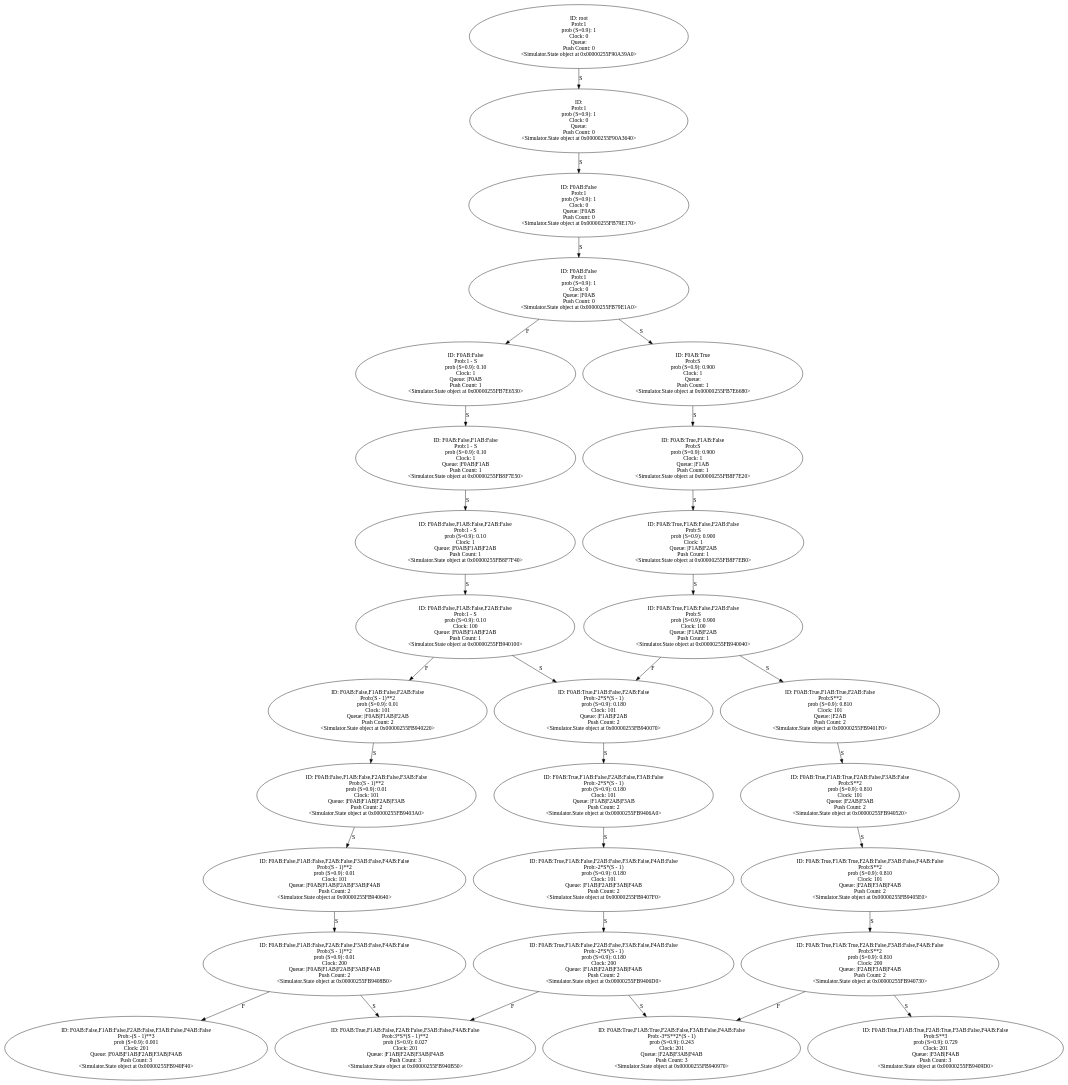
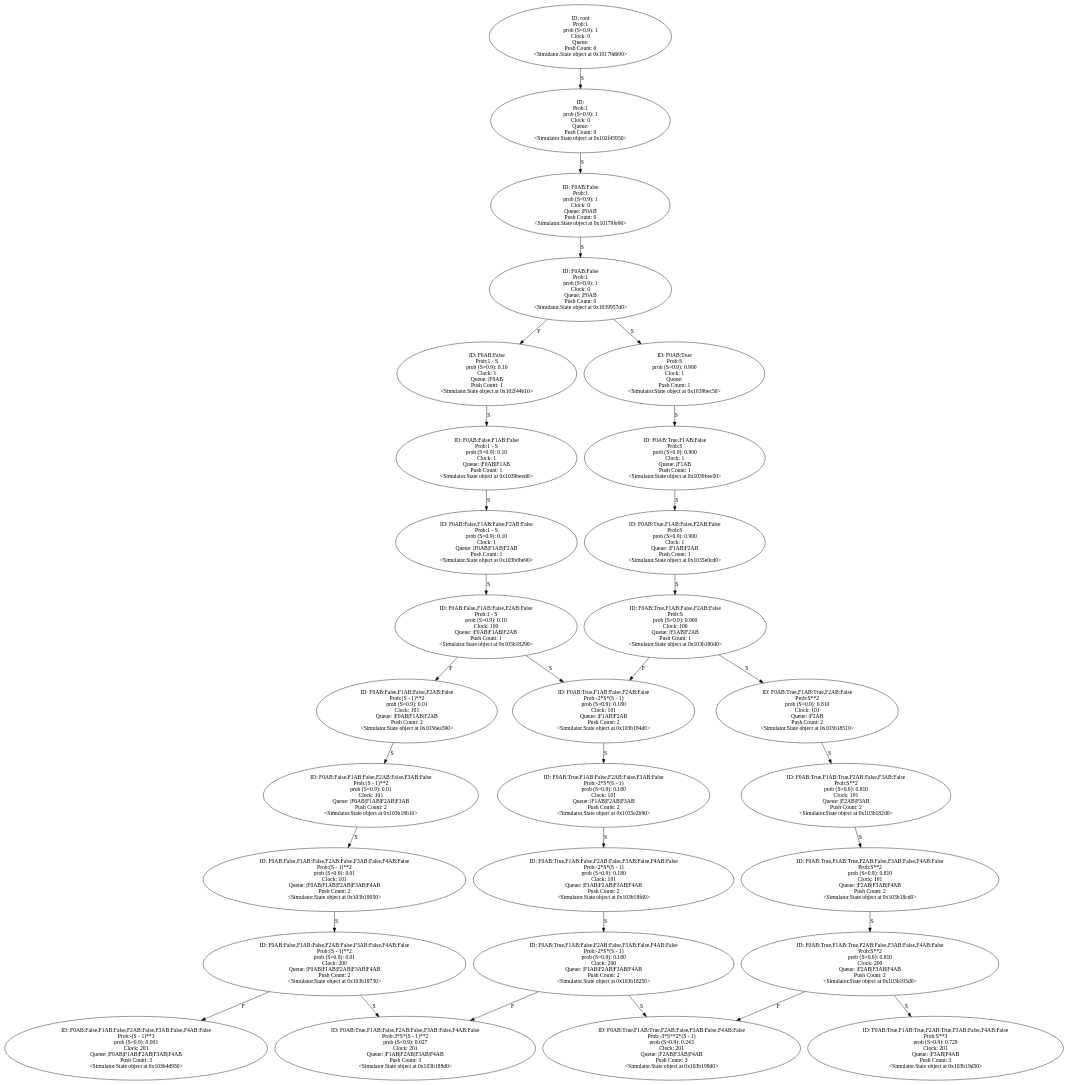
One commit to YasinBoloorchi/WARP-Simulator changed the diagram in Output/controled_frequency_S100_R50_t0_tPlus200.gv. Above: the diagram before and after it, drawn with Graphviz. The commit also changed 26 other files, not shown here.

```diff
--- a/Output/controled_frequency_S100_R50_t0_tPlus200.gv
+++ b/Output/controled_frequency_S100_R50_t0_tPlus200.gv
@@ -1,228 +1,228 @@
 digraph "./Output/./controled_frequency_S100_R50_t0_tPlus200" {
-	<Simulator.State object at 0x00000255F90A39A0> [label="ID: root
+	<Simulator.State object at 0x10179db90> [label="ID: root
 Prob:1
 prob (S=0.9): 1
 Clock: 0
 Queue: 
 Push Count: 0
-<Simulator.State object at 0x00000255F90A39A0>"]
-	<Simulator.State object at 0x00000255F90A39A0> -> <Simulator.State object at 0x00000255F90A3640> [label=S]
-	<Simulator.State object at 0x00000255F90A3640> [label="ID: 
+<Simulator.State object at 0x10179db90>"]
+	<Simulator.State object at 0x10179db90> -> <Simulator.State object at 0x102f45950> [label=S]
+	<Simulator.State object at 0x102f45950> [label="ID: 
 Prob:1
 prob (S=0.9): 1
 Clock: 0
 Queue: 
 Push Count: 0
-<Simulator.State object at 0x00000255F90A3640>"]
-	<Simulator.State object at 0x00000255F90A3640> -> <Simulator.State object at 0x00000255FB79E170> [label=S]
-	<Simulator.State object at 0x00000255FB79E170> [label="ID: F0AB:False
+<Simulator.State object at 0x102f45950>"]
+	<Simulator.State object at 0x102f45950> -> <Simulator.State object at 0x10179fe90> [label=S]
+	<Simulator.State object at 0x10179fe90> [label="ID: F0AB:False
 Prob:1
 prob (S=0.9): 1
 Clock: 0
 Queue: |F0AB
 Push Count: 0
-<Simulator.State object at 0x00000255FB79E170>"]
-	<Simulator.State object at 0x00000255FB79E170> -> <Simulator.State object at 0x00000255FB79E1A0> [label=S]
-	<Simulator.State object at 0x00000255FB79E1A0> [label="ID: F0AB:False
+<Simulator.State object at 0x10179fe90>"]
+	<Simulator.State object at 0x10179fe90> -> <Simulator.State object at 0x1039957d0> [label=S]
+	<Simulator.State object at 0x1039957d0> [label="ID: F0AB:False
 Prob:1
 prob (S=0.9): 1
 Clock: 0
 Queue: |F0AB
 Push Count: 0
-<Simulator.State object at 0x00000255FB79E1A0>"]
-	<Simulator.State object at 0x00000255FB79E1A0> -> <Simulator.State object at 0x00000255FB7E6530> [label=F]
-	<Simulator.State object at 0x00000255FB79E1A0> -> <Simulator.State object at 0x00000255FB7E6680> [label=S]
-	<Simulator.State object at 0x00000255FB7E6530> [label="ID: F0AB:False
+<Simulator.State object at 0x1039957d0>"]
+	<Simulator.State object at 0x1039957d0> -> <Simulator.State object at 0x102f44b10> [label=F]
+	<Simulator.State object at 0x1039957d0> -> <Simulator.State object at 0x1039bec50> [label=S]
+	<Simulator.State object at 0x102f44b10> [label="ID: F0AB:False
 Prob:1 - S
 prob (S=0.9): 0.10
 Clock: 1
 Queue: |F0AB
 Push Count: 1
-<Simulator.State object at 0x00000255FB7E6530>"]
-	<Simulator.State object at 0x00000255FB7E6530> -> <Simulator.State object at 0x00000255FB8F7E50> [label=S]
-	<Simulator.State object at 0x00000255FB7E6680> [label="ID: F0AB:True
+<Simulator.State object at 0x102f44b10>"]
+	<Simulator.State object at 0x102f44b10> -> <Simulator.State object at 0x1039beed0> [label=S]
+	<Simulator.State object at 0x1039bec50> [label="ID: F0AB:True
 Prob:S
 prob (S=0.9): 0.900
 Clock: 1
 Queue: 
 Push Count: 1
-<Simulator.State object at 0x00000255FB7E6680>"]
-	<Simulator.State object at 0x00000255FB7E6680> -> <Simulator.State object at 0x00000255FB8F7E20> [label=S]
-	<Simulator.State object at 0x00000255FB8F7E50> [label="ID: F0AB:False,F1AB:False
+<Simulator.State object at 0x1039bec50>"]
+	<Simulator.State object at 0x1039bec50> -> <Simulator.State object at 0x1039bee50> [label=S]
+	<Simulator.State object at 0x1039beed0> [label="ID: F0AB:False,F1AB:False
 Prob:1 - S
 prob (S=0.9): 0.10
 Clock: 1
 Queue: |F0AB|F1AB
 Push Count: 1
-<Simulator.State object at 0x00000255FB8F7E50>"]
-	<Simulator.State object at 0x00000255FB8F7E50> -> <Simulator.State object at 0x00000255FB8F7F40> [label=S]
-	<Simulator.State object at 0x00000255FB8F7E20> [label="ID: F0AB:True,F1AB:False
+<Simulator.State object at 0x1039beed0>"]
+	<Simulator.State object at 0x1039beed0> -> <Simulator.State object at 0x103b0be90> [label=S]
+	<Simulator.State object at 0x1039bee50> [label="ID: F0AB:True,F1AB:False
 Prob:S
 prob (S=0.9): 0.900
 Clock: 1
 Queue: |F1AB
 Push Count: 1
-<Simulator.State object at 0x00000255FB8F7E20>"]
-	<Simulator.State object at 0x00000255FB8F7E20> -> <Simulator.State object at 0x00000255FB8F7EB0> [label=S]
-	<Simulator.State object at 0x00000255FB8F7F40> [label="ID: F0AB:False,F1AB:False,F2AB:False
+<Simulator.State object at 0x1039bee50>"]
+	<Simulator.State object at 0x1039bee50> -> <Simulator.State object at 0x1035e0cd0> [label=S]
+	<Simulator.State object at 0x103b0be90> [label="ID: F0AB:False,F1AB:False,F2AB:False
 Prob:1 - S
 prob (S=0.9): 0.10
 Clock: 1
 Queue: |F0AB|F1AB|F2AB
 Push Count: 1
-<Simulator.State object at 0x00000255FB8F7F40>"]
-	<Simulator.State object at 0x00000255FB8F7F40> -> <Simulator.State object at 0x00000255FB940100> [label=S]
-	<Simulator.State object at 0x00000255FB8F7EB0> [label="ID: F0AB:True,F1AB:False,F2AB:False
+<Simulator.State object at 0x103b0be90>"]
+	<Simulator.State object at 0x103b0be90> -> <Simulator.State object at 0x103b18290> [label=S]
+	<Simulator.State object at 0x1035e0cd0> [label="ID: F0AB:True,F1AB:False,F2AB:False
 Prob:S
 prob (S=0.9): 0.900
 Clock: 1
 Queue: |F1AB|F2AB
 Push Count: 1
-<Simulator.State object at 0x00000255FB8F7EB0>"]
-	<Simulator.State object at 0x00000255FB8F7EB0> -> <Simulator.State object at 0x00000255FB940040> [label=S]
-	<Simulator.State object at 0x00000255FB940100> [label="ID: F0AB:False,F1AB:False,F2AB:False
+<Simulator.State object at 0x1035e0cd0>"]
+	<Simulator.State object at 0x1035e0cd0> -> <Simulator.State object at 0x103b180d0> [label=S]
+	<Simulator.State object at 0x103b18290> [label="ID: F0AB:False,F1AB:False,F2AB:False
 Prob:1 - S
 prob (S=0.9): 0.10
 Clock: 100
 Queue: |F0AB|F1AB|F2AB
 Push Count: 1
-<Simulator.State object at 0x00000255FB940100>"]
-	<Simulator.State object at 0x00000255FB940100> -> <Simulator.State object at 0x00000255FB940220> [label=F]
-	<Simulator.State object at 0x00000255FB940100> -> <Simulator.State object at 0x00000255FB940070> [label=S]
-	<Simulator.State object at 0x00000255FB940040> [label="ID: F0AB:True,F1AB:False,F2AB:False
+<Simulator.State object at 0x103b18290>"]
+	<Simulator.State object at 0x103b18290> -> <Simulator.State object at 0x1036ea590> [label=F]
+	<Simulator.State object at 0x103b18290> -> <Simulator.State object at 0x103b184d0> [label=S]
+	<Simulator.State object at 0x103b180d0> [label="ID: F0AB:True,F1AB:False,F2AB:False
 Prob:S
 prob (S=0.9): 0.900
 Clock: 100
 Queue: |F1AB|F2AB
 Push Count: 1
-<Simulator.State object at 0x00000255FB940040>"]
-	<Simulator.State object at 0x00000255FB940040> -> <Simulator.State object at 0x00000255FB940070> [label=F]
-	<Simulator.State object at 0x00000255FB940040> -> <Simulator.State object at 0x00000255FB9401F0> [label=S]
-	<Simulator.State object at 0x00000255FB940220> [label="ID: F0AB:False,F1AB:False,F2AB:False
+<Simulator.State object at 0x103b180d0>"]
+	<Simulator.State object at 0x103b180d0> -> <Simulator.State object at 0x103b184d0> [label=F]
+	<Simulator.State object at 0x103b180d0> -> <Simulator.State object at 0x103b18510> [label=S]
+	<Simulator.State object at 0x1036ea590> [label="ID: F0AB:False,F1AB:False,F2AB:False
 Prob:(S - 1)**2
 prob (S=0.9): 0.01
 Clock: 101
 Queue: |F0AB|F1AB|F2AB
 Push Count: 2
-<Simulator.State object at 0x00000255FB940220>"]
-	<Simulator.State object at 0x00000255FB940220> -> <Simulator.State object at 0x00000255FB9403A0> [label=S]
-	<Simulator.State object at 0x00000255FB940070> [label="ID: F0AB:True,F1AB:False,F2AB:False
+<Simulator.State object at 0x1036ea590>"]
+	<Simulator.State object at 0x1036ea590> -> <Simulator.State object at 0x103b18b10> [label=S]
+	<Simulator.State object at 0x103b184d0> [label="ID: F0AB:True,F1AB:False,F2AB:False
 Prob:-2*S*(S - 1)
 prob (S=0.9): 0.180
 Clock: 101
 Queue: |F1AB|F2AB
 Push Count: 2
-<Simulator.State object at 0x00000255FB940070>"]
-	<Simulator.State object at 0x00000255FB940070> -> <Simulator.State object at 0x00000255FB9406A0> [label=S]
-	<Simulator.State object at 0x00000255FB9401F0> [label="ID: F0AB:True,F1AB:True,F2AB:False
+<Simulator.State object at 0x103b184d0>"]
+	<Simulator.State object at 0x103b184d0> -> <Simulator.State object at 0x1035e2b90> [label=S]
+	<Simulator.State object at 0x103b18510> [label="ID: F0AB:True,F1AB:True,F2AB:False
 Prob:S**2
 prob (S=0.9): 0.810
 Clock: 101
 Queue: |F2AB
 Push Count: 2
-<Simulator.State object at 0x00000255FB9401F0>"]
-	<Simulator.State object at 0x00000255FB9401F0> -> <Simulator.State object at 0x00000255FB940520> [label=S]
-	<Simulator.State object at 0x00000255FB9403A0> [label="ID: F0AB:False,F1AB:False,F2AB:False,F3AB:False
+<Simulator.State object at 0x103b18510>"]
+	<Simulator.State object at 0x103b18510> -> <Simulator.State object at 0x103b182d0> [label=S]
+	<Simulator.State object at 0x103b18b10> [label="ID: F0AB:False,F1AB:False,F2AB:False,F3AB:False
 Prob:(S - 1)**2
 prob (S=0.9): 0.01
 Clock: 101
 Queue: |F0AB|F1AB|F2AB|F3AB
 Push Count: 2
-<Simulator.State object at 0x00000255FB9403A0>"]
-	<Simulator.State object at 0x00000255FB9403A0> -> <Simulator.State object at 0x00000255FB940640> [label=S]
-	<Simulator.State object at 0x00000255FB9406A0> [label="ID: F0AB:True,F1AB:False,F2AB:False,F3AB:False
+<Simulator.State object at 0x103b18b10>"]
+	<Simulator.State object at 0x103b18b10> -> <Simulator.State object at 0x103b19050> [label=S]
+	<Simulator.State object at 0x1035e2b90> [label="ID: F0AB:True,F1AB:False,F2AB:False,F3AB:False
 Prob:-2*S*(S - 1)
 prob (S=0.9): 0.180
 Clock: 101
 Queue: |F1AB|F2AB|F3AB
 Push Count: 2
-<Simulator.State object at 0x00000255FB9406A0>"]
-	<Simulator.State object at 0x00000255FB9406A0> -> <Simulator.State object at 0x00000255FB9407F0> [label=S]
-	<Simulator.State object at 0x00000255FB940520> [label="ID: F0AB:True,F1AB:True,F2AB:False,F3AB:False
+<Simulator.State object at 0x1035e2b90>"]
+	<Simulator.State object at 0x1035e2b90> -> <Simulator.State object at 0x103b18fd0> [label=S]
+	<Simulator.State object at 0x103b182d0> [label="ID: F0AB:True,F1AB:True,F2AB:False,F3AB:False
 Prob:S**2
 prob (S=0.9): 0.810
 Clock: 101
 Queue: |F2AB|F3AB
 Push Count: 2
-<Simulator.State object at 0x00000255FB940520>"]
-	<Simulator.State object at 0x00000255FB940520> -> <Simulator.State object at 0x00000255FB9405E0> [label=S]
-	<Simulator.State object at 0x00000255FB940640> [label="ID: F0AB:False,F1AB:False,F2AB:False,F3AB:False,F4AB:False
+<Simulator.State object at 0x103b182d0>"]
+	<Simulator.State object at 0x103b182d0> -> <Simulator.State object at 0x103b18cd0> [label=S]
+	<Simulator.State object at 0x103b19050> [label="ID: F0AB:False,F1AB:False,F2AB:False,F3AB:False,F4AB:False
 Prob:(S - 1)**2
 prob (S=0.9): 0.01
 Clock: 101
 Queue: |F0AB|F1AB|F2AB|F3AB|F4AB
 Push Count: 2
-<Simulator.State object at 0x00000255FB940640>"]
-	<Simulator.State object at 0x00000255FB940640> -> <Simulator.State object at 0x00000255FB9408B0> [label=S]
-	<Simulator.State object at 0x00000255FB9407F0> [label="ID: F0AB:True,F1AB:False,F2AB:False,F3AB:False,F4AB:False
+<Simulator.State object at 0x103b19050>"]
+	<Simulator.State object at 0x103b19050> -> <Simulator.State object at 0x103b19750> [label=S]
+	<Simulator.State object at 0x103b18fd0> [label="ID: F0AB:True,F1AB:False,F2AB:False,F3AB:False,F4AB:False
 Prob:-2*S*(S - 1)
 prob (S=0.9): 0.180
 Clock: 101
 Queue: |F1AB|F2AB|F3AB|F4AB
 Push Count: 2
-<Simulator.State object at 0x00000255FB9407F0>"]
-	<Simulator.State object at 0x00000255FB9407F0> -> <Simulator.State object at 0x00000255FB9406D0> [label=S]
-	<Simulator.State object at 0x00000255FB9405E0> [label="ID: F0AB:True,F1AB:True,F2AB:False,F3AB:False,F4AB:False
+<Simulator.State object at 0x103b18fd0>"]
+	<Simulator.State object at 0x103b18fd0> -> <Simulator.State object at 0x103b18250> [label=S]
+	<Simulator.State object at 0x103b18cd0> [label="ID: F0AB:True,F1AB:True,F2AB:False,F3AB:False,F4AB:False
 Prob:S**2
 prob (S=0.9): 0.810
 Clock: 101
 Queue: |F2AB|F3AB|F4AB
 Push Count: 2
-<Simulator.State object at 0x00000255FB9405E0>"]
-	<Simulator.State object at 0x00000255FB9405E0> -> <Simulator.State object at 0x00000255FB940730> [label=S]
-	<Simulator.State object at 0x00000255FB9408B0> [label="ID: F0AB:False,F1AB:False,F2AB:False,F3AB:False,F4AB:False
+<Simulator.State object at 0x103b18cd0>"]
+	<Simulator.State object at 0x103b18cd0> -> <Simulator.State object at 0x103b193d0> [label=S]
+	<Simulator.State object at 0x103b19750> [label="ID: F0AB:False,F1AB:False,F2AB:False,F3AB:False,F4AB:False
 Prob:(S - 1)**2
 prob (S=0.9): 0.01
 Clock: 200
 Queue: |F0AB|F1AB|F2AB|F3AB|F4AB
 Push Count: 2
-<Simulator.State object at 0x00000255FB9408B0>"]
-	<Simulator.State object at 0x00000255FB9408B0> -> <Simulator.State object at 0x00000255FB940F40> [label=F]
-	<Simulator.State object at 0x00000255FB9408B0> -> <Simulator.State object at 0x00000255FB940B50> [label=S]
-	<Simulator.State object at 0x00000255FB9406D0> [label="ID: F0AB:True,F1AB:False,F2AB:False,F3AB:False,F4AB:False
+<Simulator.State object at 0x103b19750>"]
+	<Simulator.State object at 0x103b19750> -> <Simulator.State object at 0x10364d950> [label=F]
+	<Simulator.State object at 0x103b19750> -> <Simulator.State object at 0x103b188d0> [label=S]
+	<Simulator.State object at 0x103b18250> [label="ID: F0AB:True,F1AB:False,F2AB:False,F3AB:False,F4AB:False
 Prob:-2*S*(S - 1)
 prob (S=0.9): 0.180
 Clock: 200
 Queue: |F1AB|F2AB|F3AB|F4AB
 Push Count: 2
-<Simulator.State object at 0x00000255FB9406D0>"]
-	<Simulator.State object at 0x00000255FB9406D0> -> <Simulator.State object at 0x00000255FB940B50> [label=F]
-	<Simulator.State object at 0x00000255FB9406D0> -> <Simulator.State object at 0x00000255FB940970> [label=S]
-	<Simulator.State object at 0x00000255FB940730> [label="ID: F0AB:True,F1AB:True,F2AB:False,F3AB:False,F4AB:False
+<Simulator.State object at 0x103b18250>"]
+	<Simulator.State object at 0x103b18250> -> <Simulator.State object at 0x103b188d0> [label=F]
+	<Simulator.State object at 0x103b18250> -> <Simulator.State object at 0x103b199d0> [label=S]
+	<Simulator.State object at 0x103b193d0> [label="ID: F0AB:True,F1AB:True,F2AB:False,F3AB:False,F4AB:False
 Prob:S**2
 prob (S=0.9): 0.810
 Clock: 200
 Queue: |F2AB|F3AB|F4AB
 Push Count: 2
-<Simulator.State object at 0x00000255FB940730>"]
-	<Simulator.State object at 0x00000255FB940730> -> <Simulator.State object at 0x00000255FB940970> [label=F]
-	<Simulator.State object at 0x00000255FB940730> -> <Simulator.State object at 0x00000255FB9409D0> [label=S]
-	<Simulator.State object at 0x00000255FB940F40> [label="ID: F0AB:False,F1AB:False,F2AB:False,F3AB:False,F4AB:False
+<Simulator.State object at 0x103b193d0>"]
+	<Simulator.State object at 0x103b193d0> -> <Simulator.State object at 0x103b199d0> [label=F]
+	<Simulator.State object at 0x103b193d0> -> <Simulator.State object at 0x103b19d50> [label=S]
+	<Simulator.State object at 0x10364d950> [label="ID: F0AB:False,F1AB:False,F2AB:False,F3AB:False,F4AB:False
 Prob:-(S - 1)**3
 prob (S=0.9): 0.001
 Clock: 201
 Queue: |F0AB|F1AB|F2AB|F3AB|F4AB
 Push Count: 3
-<Simulator.State object at 0x00000255FB940F40>"]
-	<Simulator.State object at 0x00000255FB940B50> [label="ID: F0AB:True,F1AB:False,F2AB:False,F3AB:False,F4AB:False
+<Simulator.State object at 0x10364d950>"]
+	<Simulator.State object at 0x103b188d0> [label="ID: F0AB:True,F1AB:False,F2AB:False,F3AB:False,F4AB:False
 Prob:3*S*(S - 1)**2
 prob (S=0.9): 0.027
 Clock: 201
 Queue: |F1AB|F2AB|F3AB|F4AB
 Push Count: 3
-<Simulator.State object at 0x00000255FB940B50>"]
-	<Simulator.State object at 0x00000255FB940970> [label="ID: F0AB:True,F1AB:True,F2AB:False,F3AB:False,F4AB:False
+<Simulator.State object at 0x103b188d0>"]
+	<Simulator.State object at 0x103b199d0> [label="ID: F0AB:True,F1AB:True,F2AB:False,F3AB:False,F4AB:False
 Prob:-3*S**2*(S - 1)
 prob (S=0.9): 0.243
 Clock: 201
 Queue: |F2AB|F3AB|F4AB
 Push Count: 3
-<Simulator.State object at 0x00000255FB940970>"]
-	<Simulator.State object at 0x00000255FB9409D0> [label="ID: F0AB:True,F1AB:True,F2AB:True,F3AB:False,F4AB:False
+<Simulator.State object at 0x103b199d0>"]
+	<Simulator.State object at 0x103b19d50> [label="ID: F0AB:True,F1AB:True,F2AB:True,F3AB:False,F4AB:False
 Prob:S**3
 prob (S=0.9): 0.729
 Clock: 201
 Queue: |F3AB|F4AB
 Push Count: 3
-<Simulator.State object at 0x00000255FB9409D0>"]
+<Simulator.State object at 0x103b19d50>"]
 }
```
